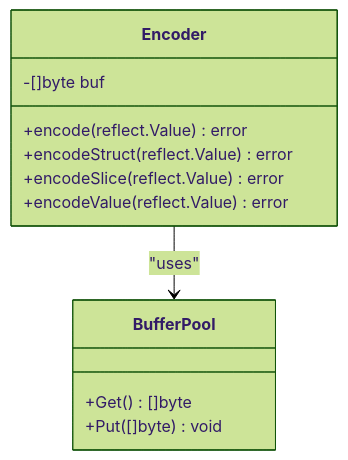
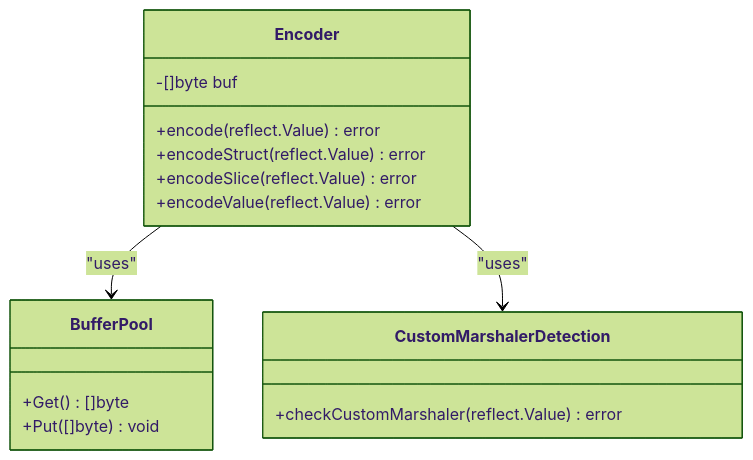
One commit to OTumanov/go-toon changed diagram 12 of 17 in .qoder/repowiki/en/content/Decoder Engine.md. Above: the diagram before and after it, drawn with Mermaid (forest theme). The commit also changed other lines of this file and 11 other files, not shown here.

First line of the commit message:
feat: add Pre-flight Schema + Token Calculator to toongen

````diff
--- a/.qoder/repowiki/en/content/Decoder Engine.md
+++ b/.qoder/repowiki/en/content/Decoder Engine.md
@@ -319,15 +551,19 @@
 ```mermaid
 classDiagram
 class Encoder {
 -[]byte buf
 +encode(reflect.Value) error
 +encodeStruct(reflect.Value) error
 +encodeSlice(reflect.Value) error
 +encodeValue(reflect.Value) error
 }
 class BufferPool {
 +Get() []byte
 +Put([]byte) void
 }
+class CustomMarshalerDetection {
++checkCustomMarshaler(reflect.Value) error
+}
 Encoder --> BufferPool : "uses"
+Encoder --> CustomMarshalerDetection : "uses"
 ```
````
